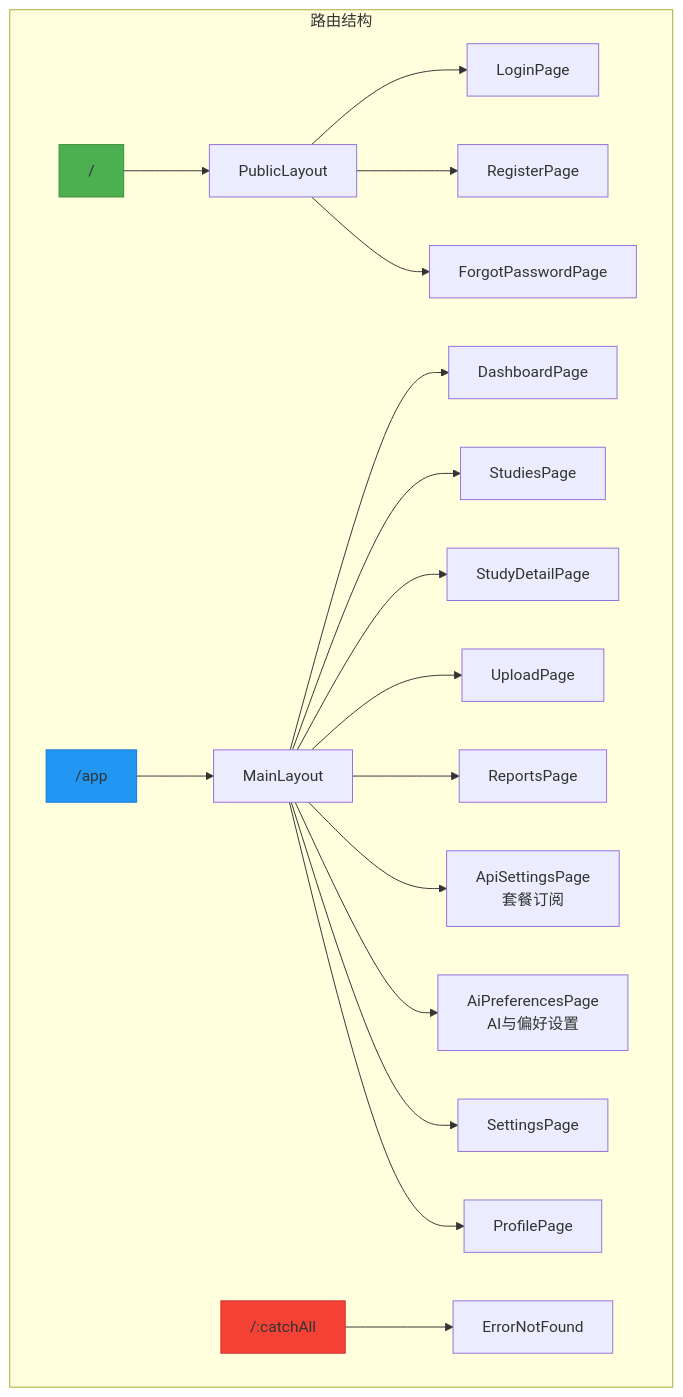
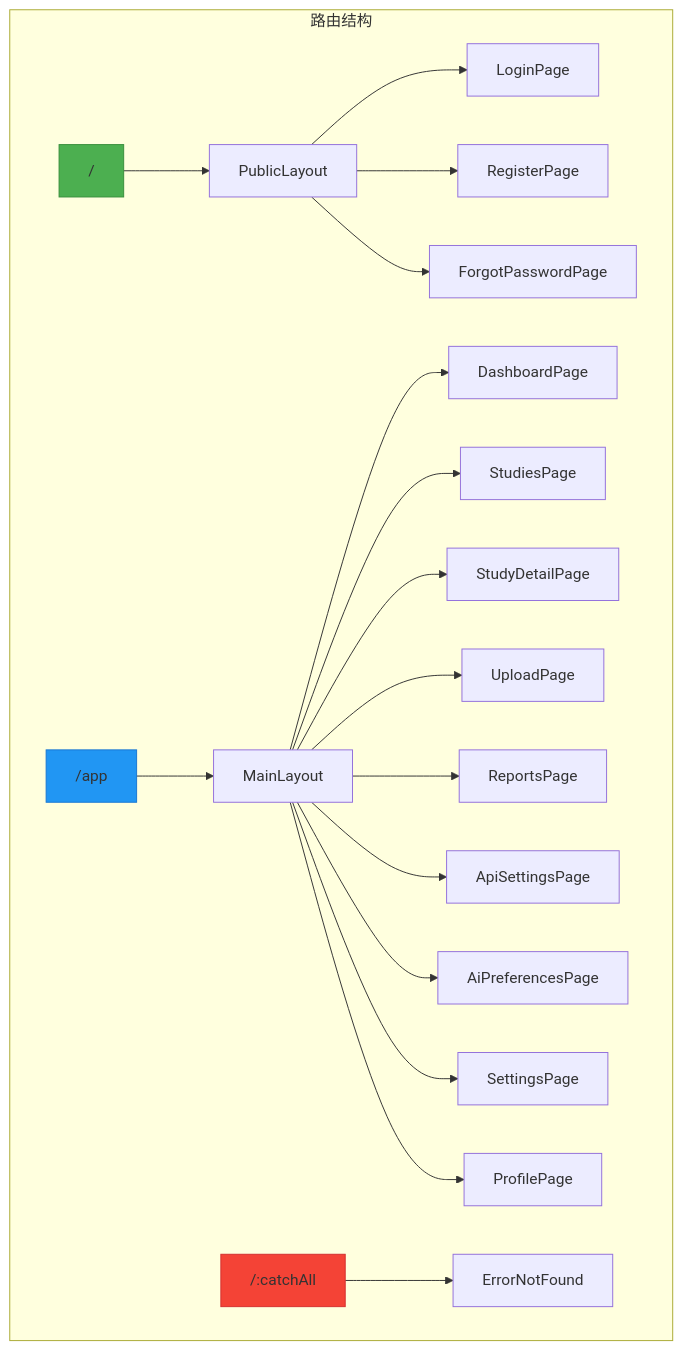
One commit to xingranya/CervixDetectAI changed the first of 3 diagrams in wiki/前端架构/路由系统.md. Above: the diagram before and after it, drawn with Mermaid. The commit also changed 35 other files, not shown here.

First line of the commit message:
docs(readme): 优化并统一项目文档中的流程图与说明

````diff
--- a/wiki/前端架构/路由系统.md
+++ b/wiki/前端架构/路由系统.md
@@ -27,23 +27,23 @@
 ```mermaid
-graph TB
+flowchart TB
     subgraph "路由结构"
         A["/"] --> B["PublicLayout"]
         B --> C["LoginPage"]
         B --> D["RegisterPage"]
         B --> E["ForgotPasswordPage"]
         F["/app"] --> G["MainLayout"]
         G --> H["DashboardPage"]
         G --> I["StudiesPage"]
         G --> J["StudyDetailPage"]
         G --> K["UploadPage"]
         G --> L["ReportsPage"]
-        G --> M["ApiSettingsPage<br/>套餐订阅"]
-        G --> N["AiPreferencesPage<br/>AI与偏好设置"]
+        G --> M["ApiSettingsPage"]
+        G --> N["AiPreferencesPage"]
         G --> O["SettingsPage"]
         G --> P["ProfilePage"]
         Q["/:catchAll"] --> R["ErrorNotFound"]
     end
 style A fill:#4CAF50,stroke:#388E3C
 style F fill:#2196F3,stroke:#1976D2
 style Q fill:#F44336,stroke:#D32F2F
 ```
````
